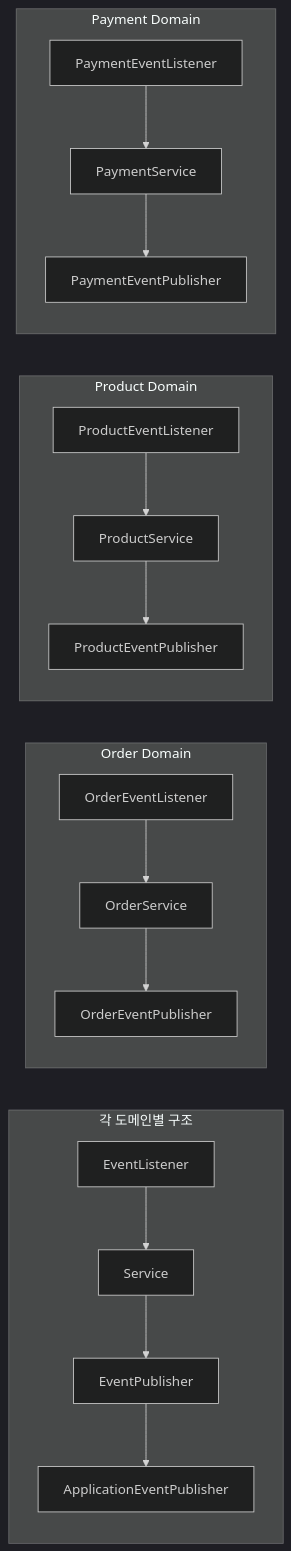
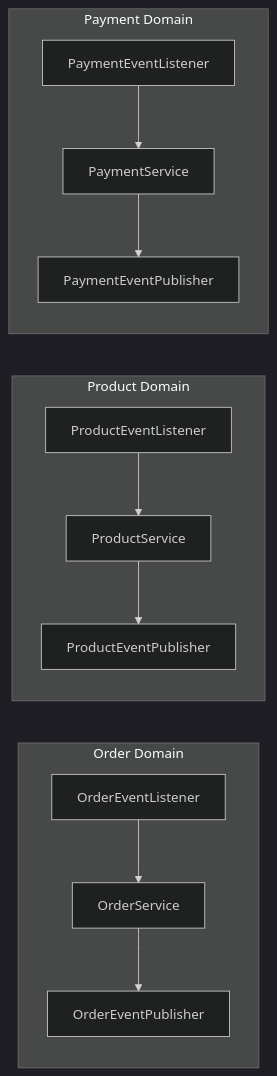
Before and after one commit to lostcatbox/e-commerce-order-service: the third of 3 diagrams in docs/study/order-facade-improving-by-event-driven.md, drawn with Mermaid (dark theme). The commit also changed other lines of this file and 16 other files, not shown here.

````diff
--- a/docs/study/order-facade-improving-by-event-driven.md
+++ b/docs/study/order-facade-improving-by-event-driven.md
@@ -297,23 +249,17 @@
 ```mermaid
 graph LR
-    subgraph "각 도메인별 구조"
-        L[EventListener] --> S[Service]
-        S --> P[EventPublisher]
-        P --> E[ApplicationEventPublisher]
-    end
-
     subgraph "Order Domain"
         OL[OrderEventListener] --> OS[OrderService]
         OS --> OP[OrderEventPublisher]
     end
 
     subgraph "Product Domain"
         PL[ProductEventListener] --> PS[ProductService]
         PS --> PP[ProductEventPublisher]
     end
 
     subgraph "Payment Domain"
         PayL[PaymentEventListener] --> PayS[PaymentService]
         PayS --> PayP[PaymentEventPublisher]
     end
 ```
````
